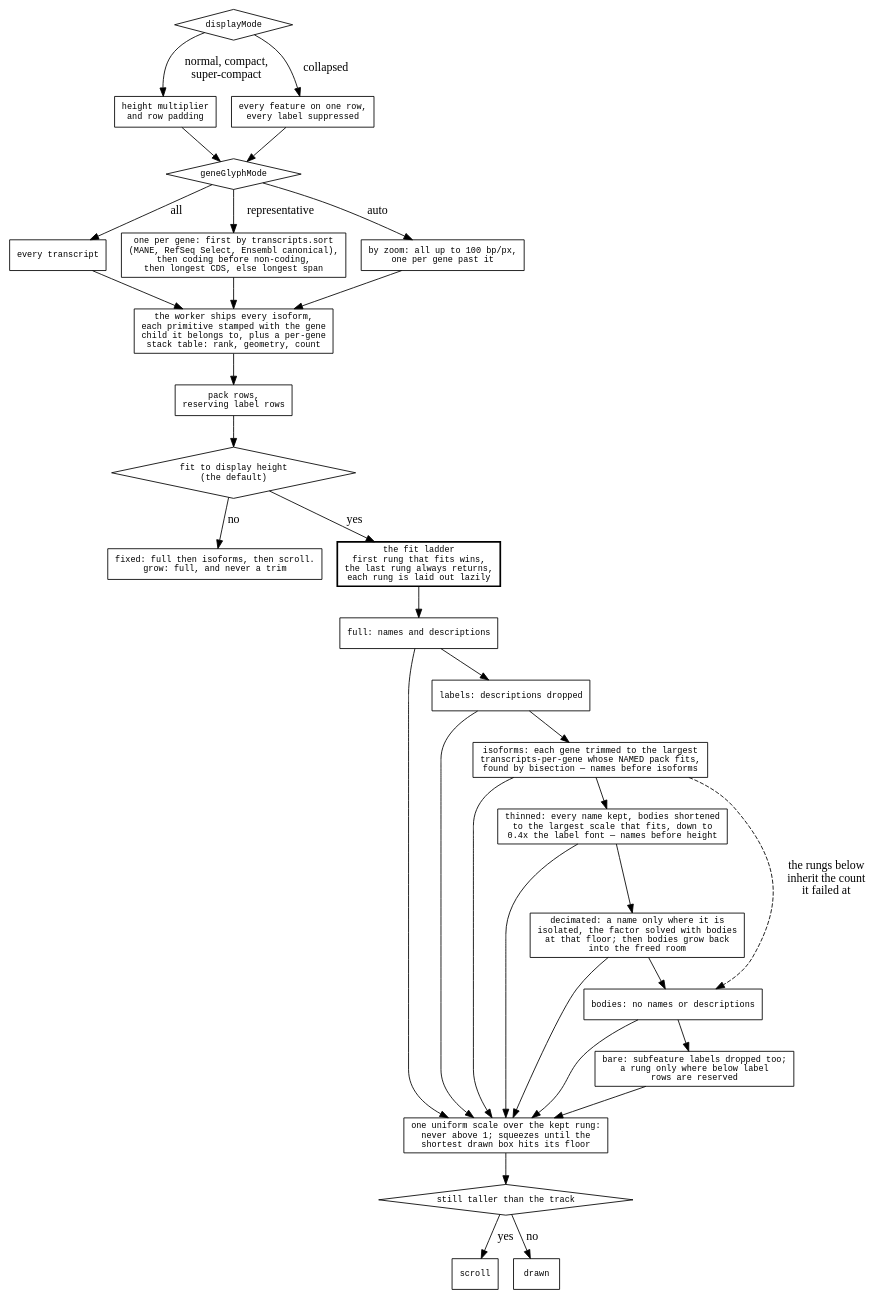
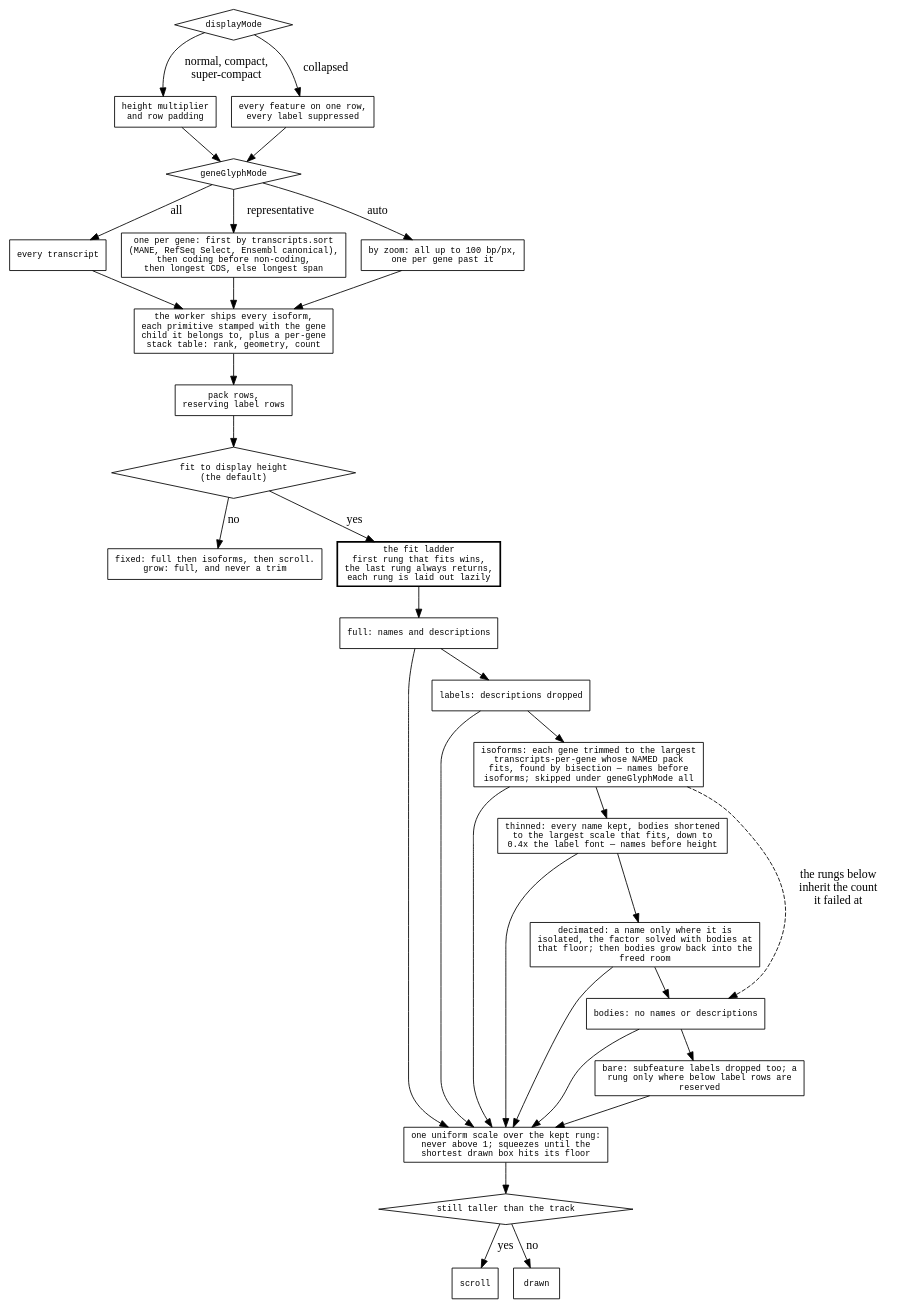
The diagram in agent-docs/reference/diagrams/feature-budget.dot (GMOD/jbrowse-components), drawn with Graphviz before and after one commit. The commit also changed 8 other files, not shown here.

First line of the commit message:
Fit ladder: the rung order is FIT_LADDER, and the docs are generated from it

```diff
--- a/agent-docs/reference/diagrams/feature-budget.dot
+++ b/agent-docs/reference/diagrams/feature-budget.dot
@@ -1,51 +1,54 @@
 digraph feature_budget {
   rankdir=TB
   node [shape=box fontname=monospace fontsize=10]
   { node [shape=diamond] mode; glyphmode; fits; over }
 
   mode [label="displayMode"]
   mode -> sized     [label=" normal, compact,\n super-compact"]
   mode -> collapsed [label=" collapsed"]
   sized     [label="height multiplier\nand row padding"]
   collapsed [label="every feature on one row,\nevery label suppressed"]
 
   glyphmode [label="geneGlyphMode"]
   sized -> glyphmode  collapsed -> glyphmode
   glyphmode -> allt [label=" all"]
   glyphmode -> one  [label=" representative"]
   glyphmode -> zoom [label=" auto"]
   allt [label="every transcript"]
   one  [label="one per gene: first by transcripts.sort\n(MANE, RefSeq Select, Ensembl canonical),\nthen coding before non-coding,\nthen longest CDS, else longest span"]
   zoom [label="by zoom: all up to 100 bp/px,\none per gene past it"]
 
   ship [label="the worker ships every isoform,\neach primitive stamped with the gene\nchild it belongs to, plus a per-gene\nstack table: rank, geometry, count"]
   allt -> ship  one -> ship  zoom -> ship
 
   pack [label="pack rows,\nreserving label rows"]
   ship -> pack -> fits
 
   fits [label="fit to display height\n(the default)"]
   fits -> plain  [label=" no"]
   fits -> ladder [label=" yes"]
   plain [label="fixed: full then isoforms, then scroll.\ngrow: full, and never a trim"]
 
   ladder [label="the fit ladder\nfirst rung that fits wins,\nthe last rung always returns,\neach rung is laid out lazily", style=bold]
+  // BEGIN GENERATED FIT_LADDER
+  // Generated by `pnpm autogen` from FIT_LADDER in plugins/features/src/LinearBasicDisplay/fitLadderOrder.ts; edit that, not this block.
   ladder -> full -> labels -> isoforms -> thinned -> decimated -> bodies -> bare
   full      [label="full: names and descriptions"]
   labels    [label="labels: descriptions dropped"]
-  isoforms  [label="isoforms: each gene trimmed to the largest\ntranscripts-per-gene whose NAMED pack fits,\nfound by bisection — names before isoforms"]
+  isoforms  [label="isoforms: each gene trimmed to the largest\ntranscripts-per-gene whose NAMED pack\nfits, found by bisection — names before\nisoforms; skipped under geneGlyphMode all"]
   thinned   [label="thinned: every name kept, bodies shortened\nto the largest scale that fits, down to\n0.4x the label font — names before height"]
-  decimated [label="decimated: a name only where it is\nisolated, the factor solved with bodies\nat that floor; then bodies grow back\ninto the freed room"]
+  decimated [label="decimated: a name only where it is\nisolated, the factor solved with bodies at\nthat floor; then bodies grow back into the\nfreed room"]
   bodies    [label="bodies: no names or descriptions"]
-  bare      [label="bare: subfeature labels dropped too;\na rung only where below label\nrows are reserved"]
+  bare      [label="bare: subfeature labels dropped too; a\nrung only where below label rows are\nreserved"]
+  full -> scale  labels -> scale  isoforms -> scale  thinned -> scale  decimated -> scale  bodies -> scale  bare -> scale
+  // END GENERATED FIT_LADDER
   isoforms -> bodies [label=" the rungs below\n inherit the count\n it failed at" style=dashed]
 
   scale [label="one uniform scale over the kept rung:\nnever above 1; squeezes until the\nshortest drawn box hits its floor"]
-  full -> scale  labels -> scale  isoforms -> scale  thinned -> scale  decimated -> scale  bodies -> scale  bare -> scale
   scale -> over
   over [label="still taller than the track"]
   over -> scroll [label=" yes"]
   over -> done   [label=" no"]
   scroll [label="scroll"]
   done   [label="drawn"]
 }
```
